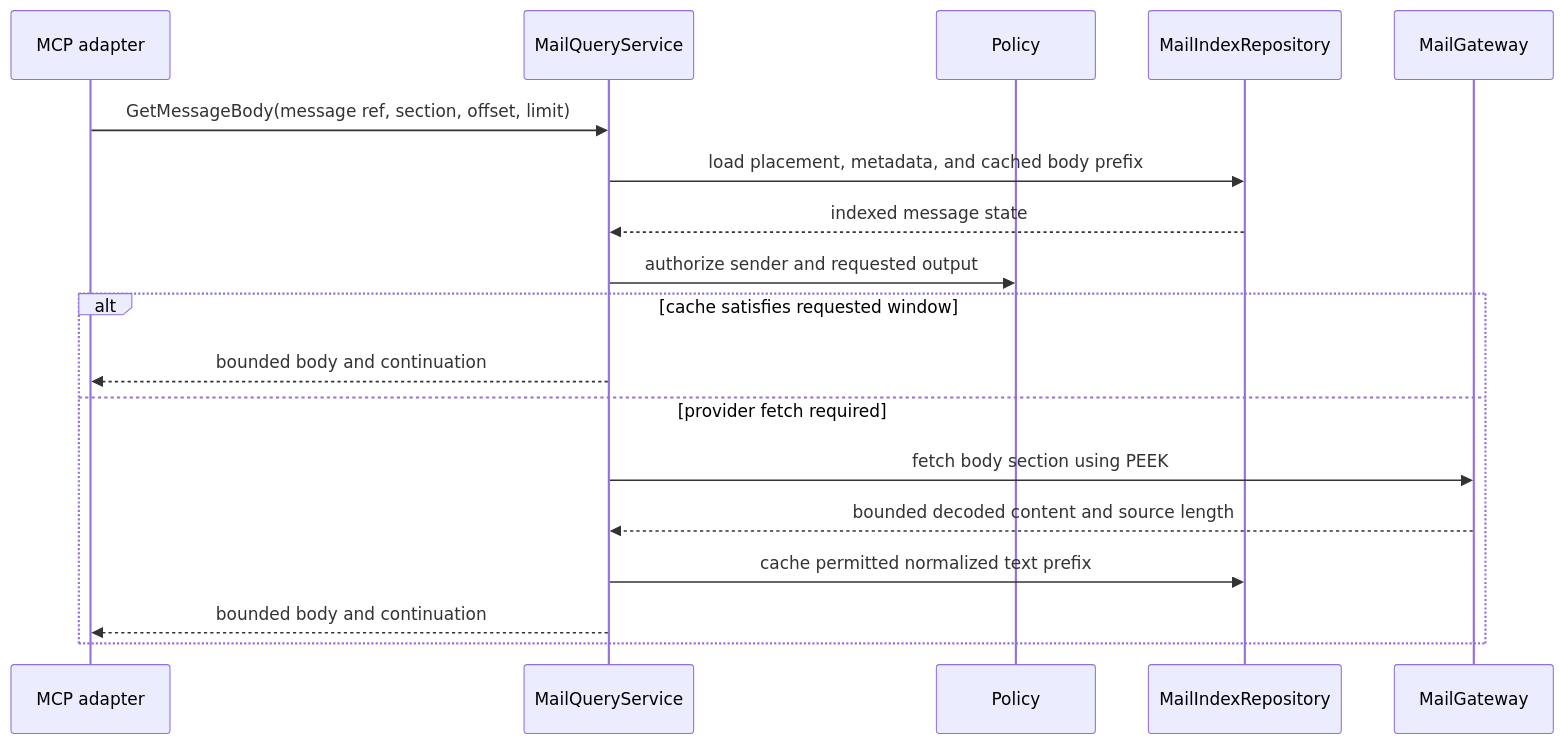
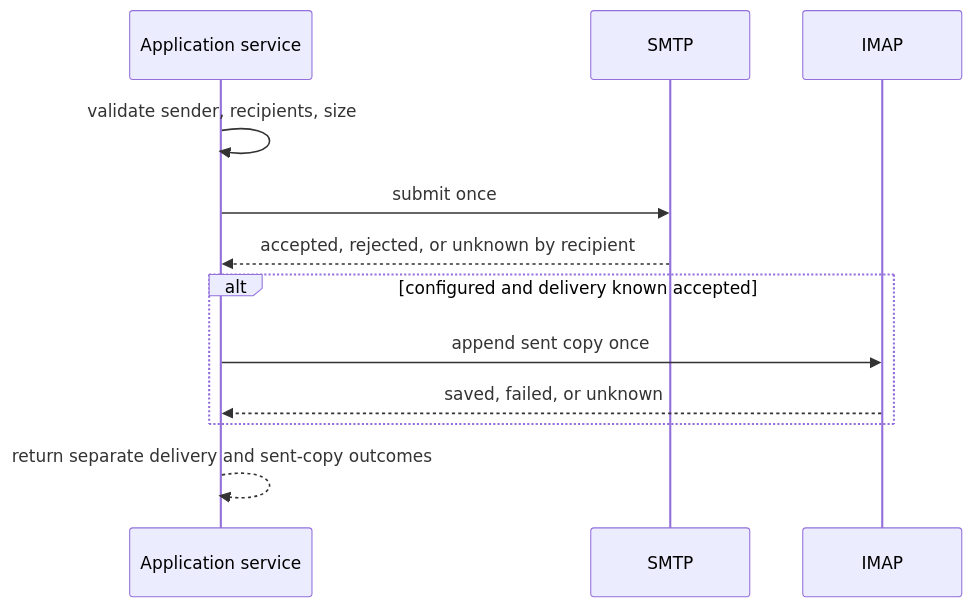
The second of 2 diagrams in spec/04-mail-workflows-and-consistency.md (Wh1isper/mcp-email-server), drawn with Mermaid before and after one commit. The commit also changed other lines of this file and 14 other files, not shown here.

````diff
--- a/spec/04-mail-workflows-and-consistency.md
+++ b/spec/04-mail-workflows-and-consistency.md
@@ -133,21 +124,15 @@
 ```mermaid
 sequenceDiagram
-    participant I as MCP adapter
-    participant Q as MailQueryService
-    participant P as Policy
-    participant R as MailIndexRepository
-    participant G as MailGateway
+    participant A as Application service
+    participant S as SMTP
+    participant I as IMAP
 
-    I->>Q: GetMessageBody(message ref, section, offset, limit)
-    Q->>R: load placement, metadata, and cached body prefix
-    R-->>Q: indexed message state
-    Q->>P: authorize sender and requested output
-    alt cache satisfies requested window
-        Q-->>I: bounded body and continuation
-    else provider fetch required
-        Q->>G: fetch body section using PEEK
-        G-->>Q: bounded decoded content and source length
-        Q->>R: cache permitted normalized text prefix
-        Q-->>I: bounded body and continuation
+    A->>A: validate sender, recipients, size
+    A->>S: submit once
+    S-->>A: accepted, rejected, or unknown by recipient
+    alt configured and delivery known accepted
+        A->>I: append sent copy once
+        I-->>A: saved, failed, or unknown
     end
+    A-->>A: return separate delivery and sent-copy outcomes
 ```
````
